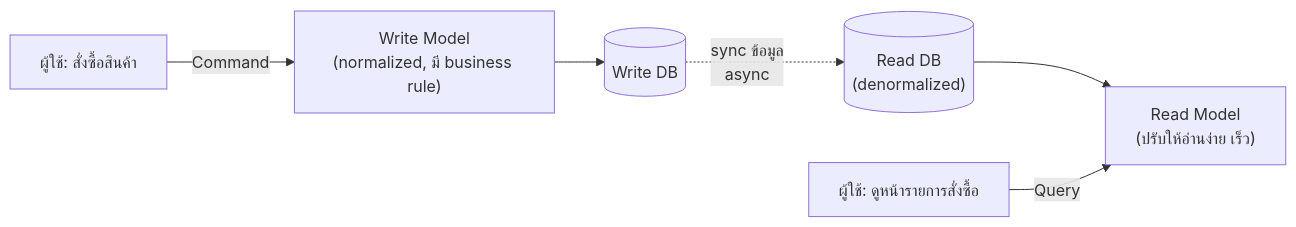
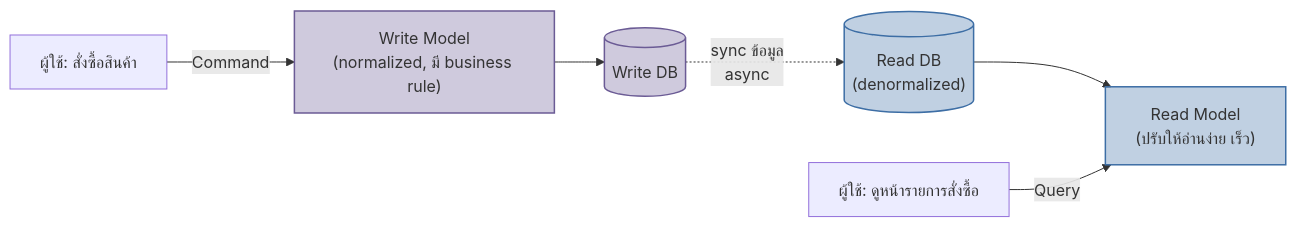
Before and after one commit to Thail3/study-system: the diagram in src/content/module-19/01-cqrs-basics.md, drawn with Mermaid. The commit also changed other lines of this file and 41 other files, not shown here.

First line of the commit message:
add Security Architecture pillar, Strangler Fig and intro topics, and bring System Architecture content up to par with System Design

````diff
--- a/src/content/module-19/01-cqrs-basics.md
+++ b/src/content/module-19/01-cqrs-basics.md
@@ -13,8 +13,13 @@
 ```mermaid
 flowchart LR
     U1["ผู้ใช้: สั่งซื้อสินค้า"] -->|Command| WM["Write Model\n(normalized, มี business rule)"]
     WM --> WDB[("Write DB")]
     WDB -.->|sync ข้อมูล\nasync| RDB[("Read DB\n(denormalized)")]
     RDB --> RM["Read Model\n(ปรับให้อ่านง่าย เร็ว)"]
     U2["ผู้ใช้: ดูหน้ารายการสั่งซื้อ"] -->|Query| RM
+
+    classDef write fill:#6b5b9552,stroke:#6b5b95,stroke-width:1.5px
+    classDef read fill:#3d6ea552,stroke:#3d6ea5,stroke-width:1.5px
+    class WM,WDB write
+    class RDB,RM read
 ```
````
